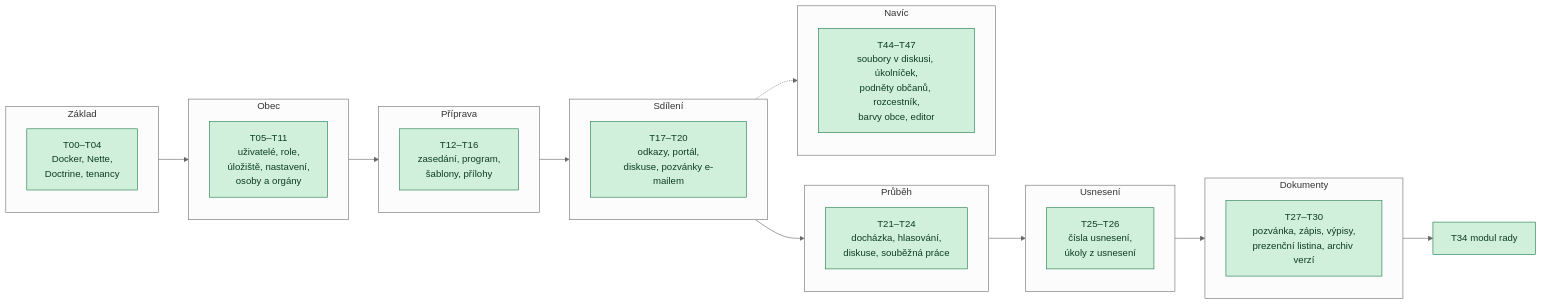
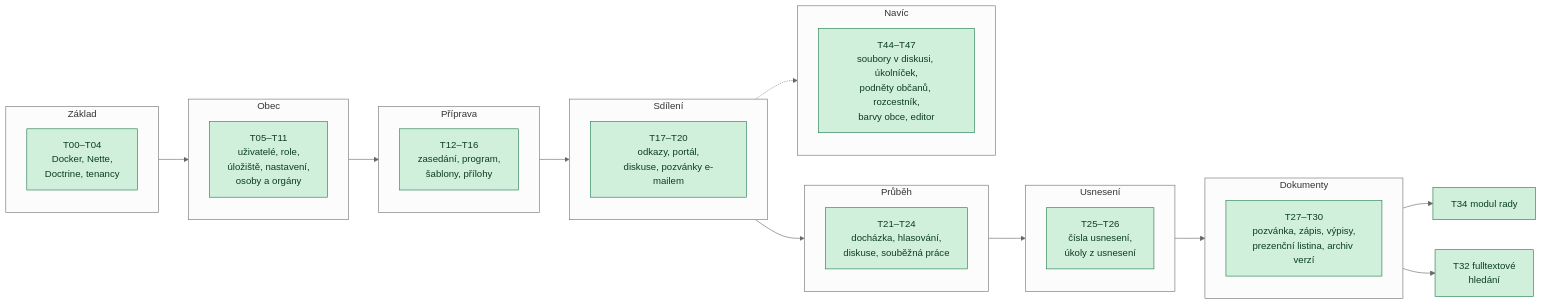
The diagram in doc/wiki/09-plan-a-stav.md (731mat/konsel), drawn with Mermaid (neutral theme) before and after one commit. The commit also changed other lines of this file and 31 other files, not shown here.

````diff
--- a/doc/wiki/09-plan-a-stav.md
+++ b/doc/wiki/09-plan-a-stav.md
@@ -7,34 +7,36 @@
 ```mermaid
 flowchart LR
     subgraph F0["Základ"]
         T00[T00–T04<br/>Docker, Nette,<br/>Doctrine, tenancy]
     end
     subgraph F1["Obec"]
         T05[T05–T11<br/>uživatelé, role,<br/>úložiště, nastavení,<br/>osoby a orgány]
     end
     subgraph F2["Příprava"]
         T12[T12–T16<br/>zasedání, program,<br/>šablony, přílohy]
     end
     subgraph F3["Sdílení"]
         T17[T17–T20<br/>odkazy, portál,<br/>diskuse, pozvánky e-mailem]
     end
     subgraph F4["Průběh"]
         T21[T21–T24<br/>docházka, hlasování,<br/>diskuse, souběžná práce]
     end
     subgraph F5["Usnesení"]
         T25[T25–T26<br/>čísla usnesení,<br/>úkoly z usnesení]
     end
     subgraph F6["Dokumenty"]
         T28[T27–T30<br/>pozvánka, zápis, výpisy,<br/>prezenční listina, archiv verzí]
     end
     subgraph F10["Navíc"]
         T44[T44–T47<br/>soubory v diskusi, úkolníček,<br/>podněty občanů, rozcestník,<br/>barvy obce, editor]
     end
     T34[T34 modul rady]
+    T32[T32 fulltextové<br/>hledání]
     F0 --> F1 --> F2 --> F3 --> F4 --> F5 --> F6
     F6 --> T34
+    F6 --> T32
     F3 -.-> F10
 
     classDef done fill:#d1f0dc,stroke:#1e7b4a,color:#0b3d22;
-    class T00,T05,T12,T17,T21,T25,T28,T44,T34 done;
+    class T00,T05,T12,T17,T21,T25,T28,T44,T34,T32 done;
 ```
````
